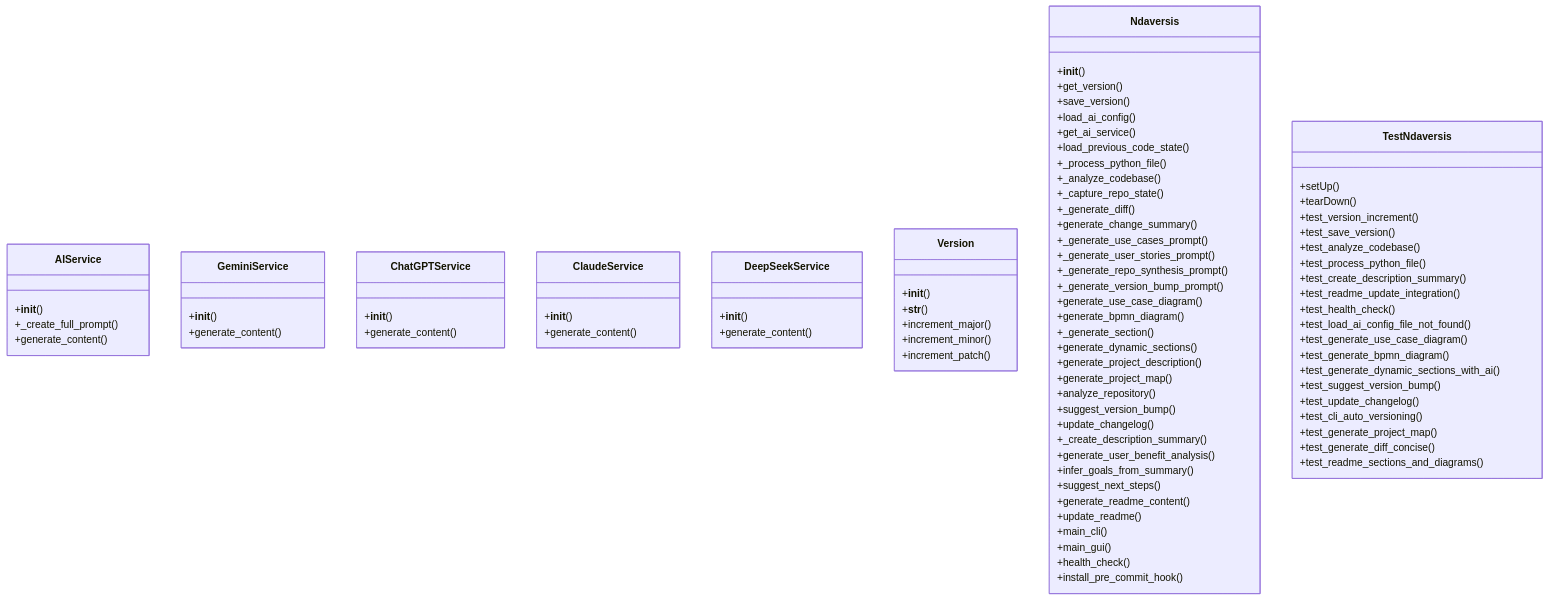
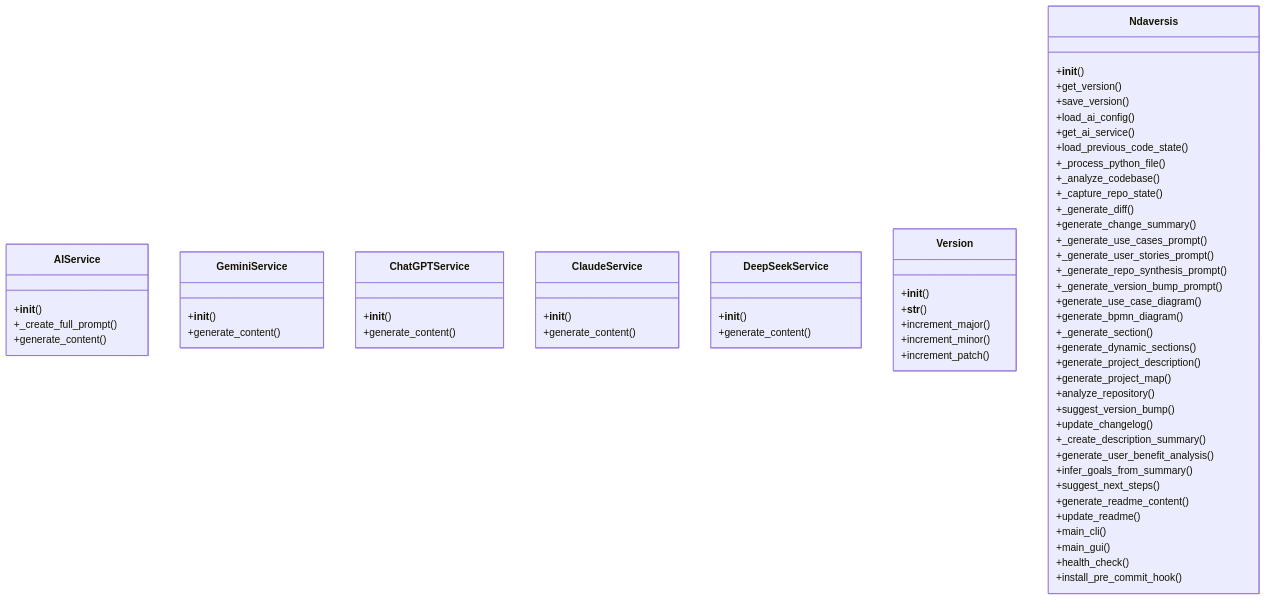
The first of 3 diagrams in readme.md (lystwork/ndaversis), drawn with Mermaid before and after one commit. The commit also changed other lines of this file and 2 other files, not shown here.

Commit message:
feat: Enhance code analysis with detailed metrics, improve docstring extraction for classes and methods, and refine dynamic README section generation.

````diff
--- a/readme.md
+++ b/readme.md
@@ -146,25 +199,4 @@
         +health_check()
         +install_pre_commit_hook()
     }
-    class TestNdaversis {
-        +setUp()
-        +tearDown()
-        +test_version_increment()
-        +test_save_version()
-        +test_analyze_codebase()
-        +test_process_python_file()
-        +test_create_description_summary()
-        +test_readme_update_integration()
-        +test_health_check()
-        +test_load_ai_config_file_not_found()
-        +test_generate_use_case_diagram()
-        +test_generate_bpmn_diagram()
-        +test_generate_dynamic_sections_with_ai()
-        +test_suggest_version_bump()
-        +test_update_changelog()
-        +test_cli_auto_versioning()
-        +test_generate_project_map()
-        +test_generate_diff_concise()
-        +test_readme_sections_and_diagrams()
-    }
 ```
````
